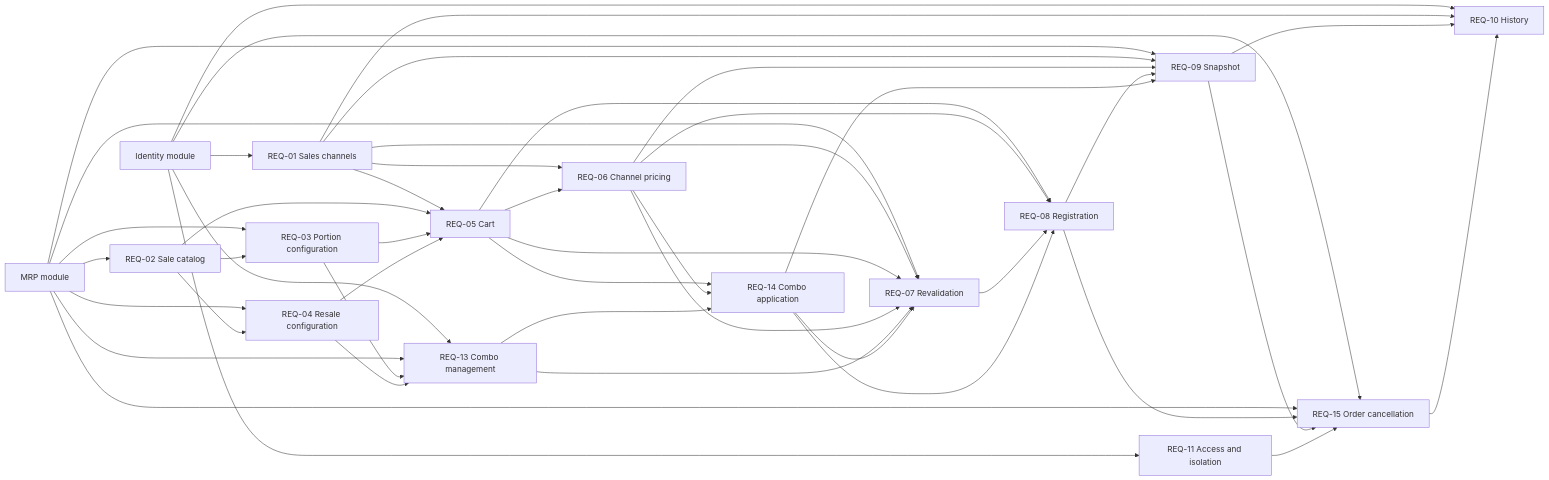
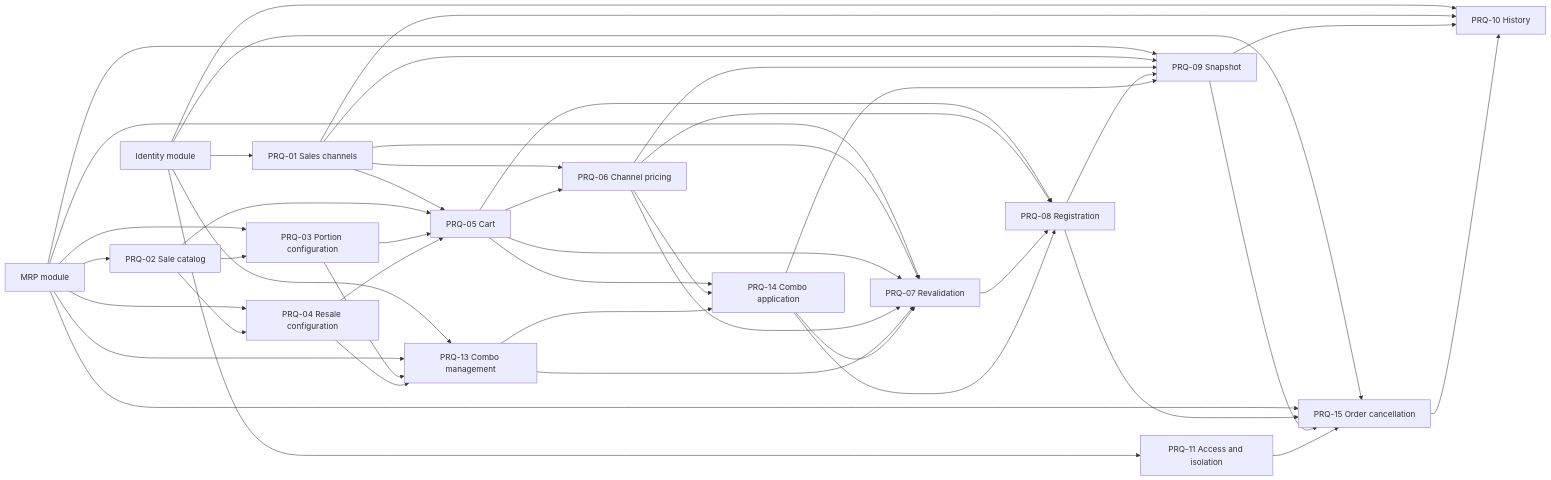
Before and after one commit to rafinel/scoops: the diagram in documentation/prds/pdv.md, drawn with Mermaid. The commit also changed other lines of this file and 24 other files, not shown here.

Commit message:
docs(prd): update requirement identifiers from REQ-* to PRQ-* across multiple documents

````diff
--- a/documentation/prds/pdv.md
+++ b/documentation/prds/pdv.md
@@ -1040,64 +1040,64 @@
 ```mermaid
 flowchart LR
     Identity["Identity module"]
     MRP["MRP module"]
-    R01["REQ-01 Sales channels"]
-    R02["REQ-02 Sale catalog"]
-    R03["REQ-03 Portion configuration"]
-    R04["REQ-04 Resale configuration"]
-    R05["REQ-05 Cart"]
-    R06["REQ-06 Channel pricing"]
-    R07["REQ-07 Revalidation"]
-    R08["REQ-08 Registration"]
-    R09["REQ-09 Snapshot"]
-    R10["REQ-10 History"]
-    R11["REQ-11 Access and isolation"]
-    R13["REQ-13 Combo management"]
-    R14["REQ-14 Combo application"]
-    R15["REQ-15 Order cancellation"]
+    R01["PRQ-01 Sales channels"]
+    R02["PRQ-02 Sale catalog"]
+    R03["PRQ-03 Portion configuration"]
+    R04["PRQ-04 Resale configuration"]
+    R05["PRQ-05 Cart"]
+    R06["PRQ-06 Channel pricing"]
+    R07["PRQ-07 Revalidation"]
+    R08["PRQ-08 Registration"]
+    R09["PRQ-09 Snapshot"]
+    R10["PRQ-10 History"]
+    R11["PRQ-11 Access and isolation"]
+    R13["PRQ-13 Combo management"]
+    R14["PRQ-14 Combo application"]
+    R15["PRQ-15 Order cancellation"]
 
     Identity --> R01
     Identity --> R10
     Identity --> R11
     Identity --> R13
     Identity --> R15
     MRP --> R02
     MRP --> R03
     MRP --> R04
     MRP --> R07
     MRP --> R09
     MRP --> R13
     MRP --> R15
     R01 --> R05
     R01 --> R06
     R01 --> R07
     R01 --> R09
     R01 --> R10
     R02 --> R03
     R02 --> R04
     R02 --> R05
     R03 --> R05
     R03 --> R13
     R04 --> R05
     R04 --> R13
     R05 --> R06
     R05 --> R07
     R05 --> R08
     R05 --> R14
     R06 --> R07
     R06 --> R08
     R06 --> R09
     R06 --> R14
     R07 --> R08
     R08 --> R09
     R09 --> R10
     R13 --> R07
     R13 --> R14
     R14 --> R07
     R14 --> R08
     R14 --> R09
     R08 --> R15
     R09 --> R15
     R11 --> R15
     R15 --> R10
 ```
````
